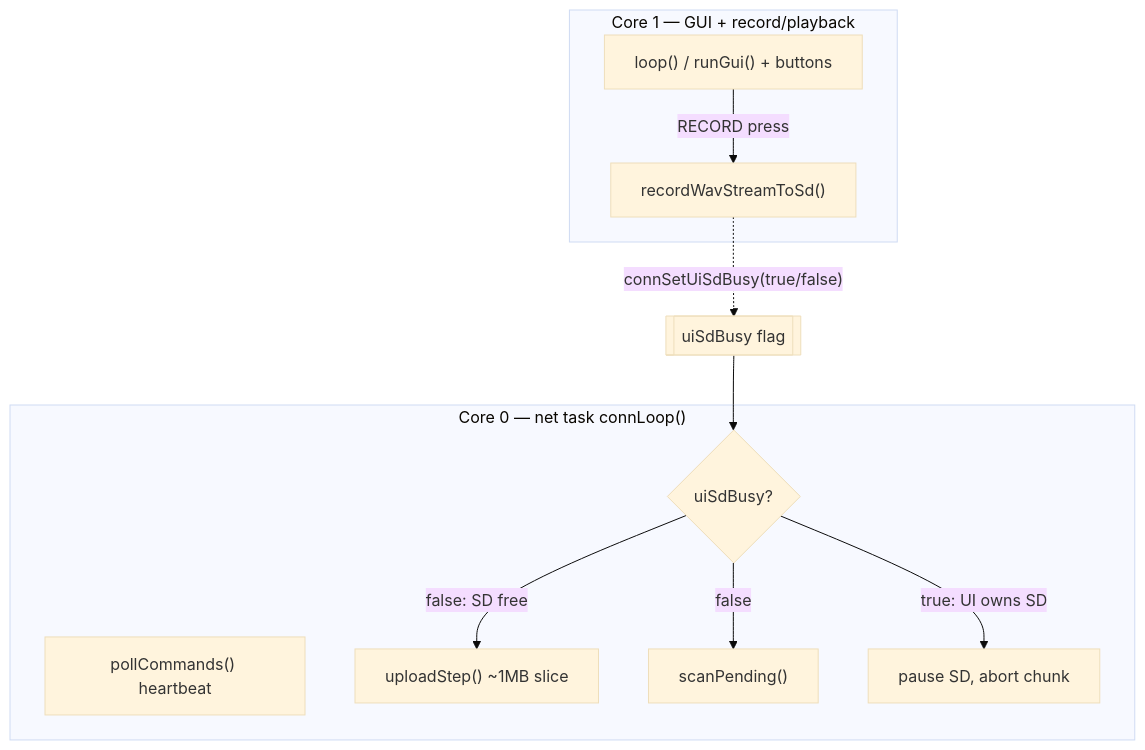
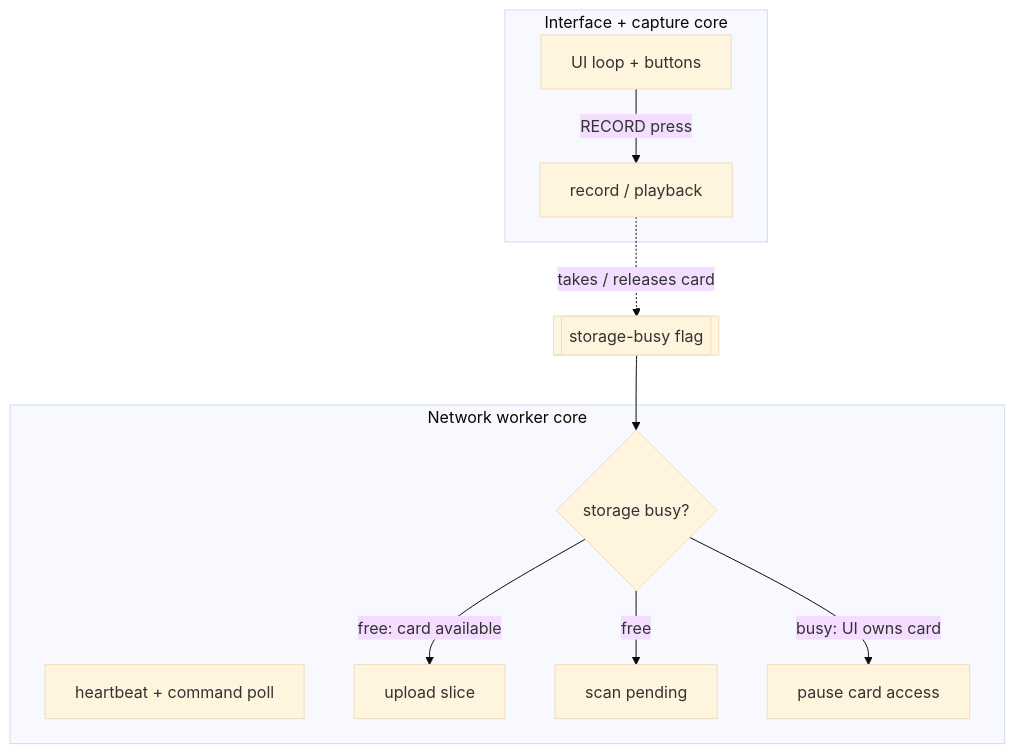
The seventh of 7 diagrams in docs-site/docs/guides/recorder.md (Longcao24/sate-companion), drawn with Mermaid (base theme) before and after one commit. The commit also changed other lines of this file and 17 other files, not shown here.

First line of the commit message:
docs-site: generalize published docs + add system-overview diagram

````diff
--- a/docs-site/docs/guides/recorder.md
+++ b/docs-site/docs/guides/recorder.md
@@ -482,19 +364,19 @@
 ```mermaid
 flowchart TD
-    subgraph Core1["Core 1 — GUI + record/playback"]
-      L["loop() / runGui() + buttons"]
-      R["recordWavStreamToSd()"]
+    subgraph UI["Interface + capture core"]
+      L["UI loop + buttons"]
+      R["record / playback"]
       L -->|"RECORD press"| R
     end
-    R -.->|"connSetUiSdBusy(true/false)"| F[["uiSdBusy flag"]]
-    subgraph Core0["Core 0 — net task connLoop()"]
-      P["pollCommands() heartbeat"]
-      G{"uiSdBusy?"}
-      U["uploadStep() ~1MB slice"]
-      SP["scanPending()"]
-      G -->|"false: SD free"| U
-      G -->|"false"| SP
-      G -->|"true: UI owns SD"| W["pause SD, abort chunk"]
+    R -.->|"takes / releases card"| F[["storage-busy flag"]]
+    subgraph NET["Network worker core"]
+      P["heartbeat + command poll"]
+      G{"storage busy?"}
+      U["upload slice"]
+      SP["scan pending"]
+      G -->|"free: card available"| U
+      G -->|"free"| SP
+      G -->|"busy: UI owns card"| W["pause card access"]
     end
     F --> G
 ```
````
